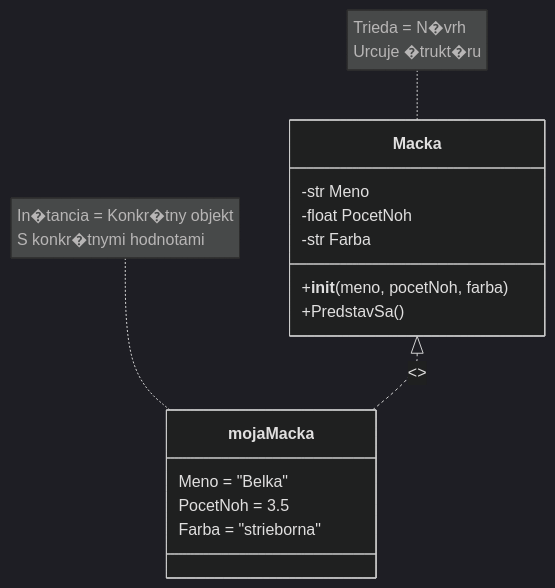
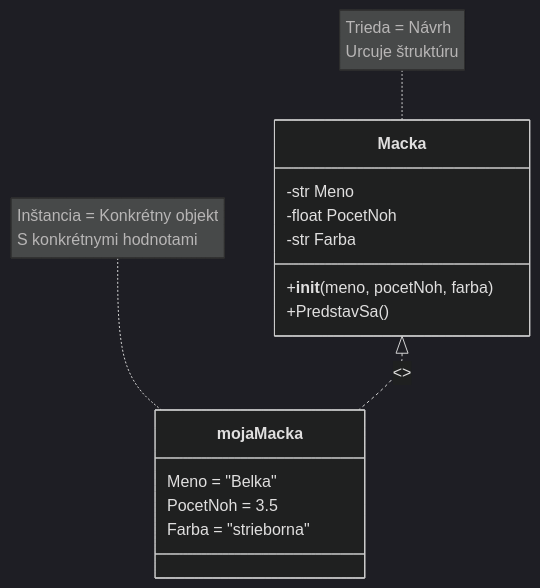
Before and after one commit to SpsKnSK/api: the first of 3 diagrams in Lessons_sk/13_classes_1_sk.md, drawn with Mermaid (dark theme). The commit also changed other lines of this file, not shown here.

````diff
--- a/Lessons_sk/13_classes_1_sk.md
+++ b/Lessons_sk/13_classes_1_sk.md
@@ -59,21 +59,21 @@
 ```mermaid
 classDiagram
     class Macka {
         -str Meno
         -float PocetNoh
         -str Farba
         +__init__(meno, pocetNoh, farba)
         +PredstavSa()
     }
     
     class mojaMacka {
         Meno = "Belka"
         PocetNoh = 3.5
         Farba = "strieborna"
     }
     
     Macka <|.. mojaMacka : <<instance>>
     
-    note for Macka "Trieda = N�vrh</br>Urcuje �trukt�ru"
-    note for mojaMacka "In�tancia = Konkr�tny objekt</br>S konkr�tnymi hodnotami"
+    note for Macka "Trieda = Návrh</br>Urcuje štruktúru"
+    note for mojaMacka "Inštancia = Konkrétny objekt</br>S konkrétnymi hodnotami"
 ```
````
